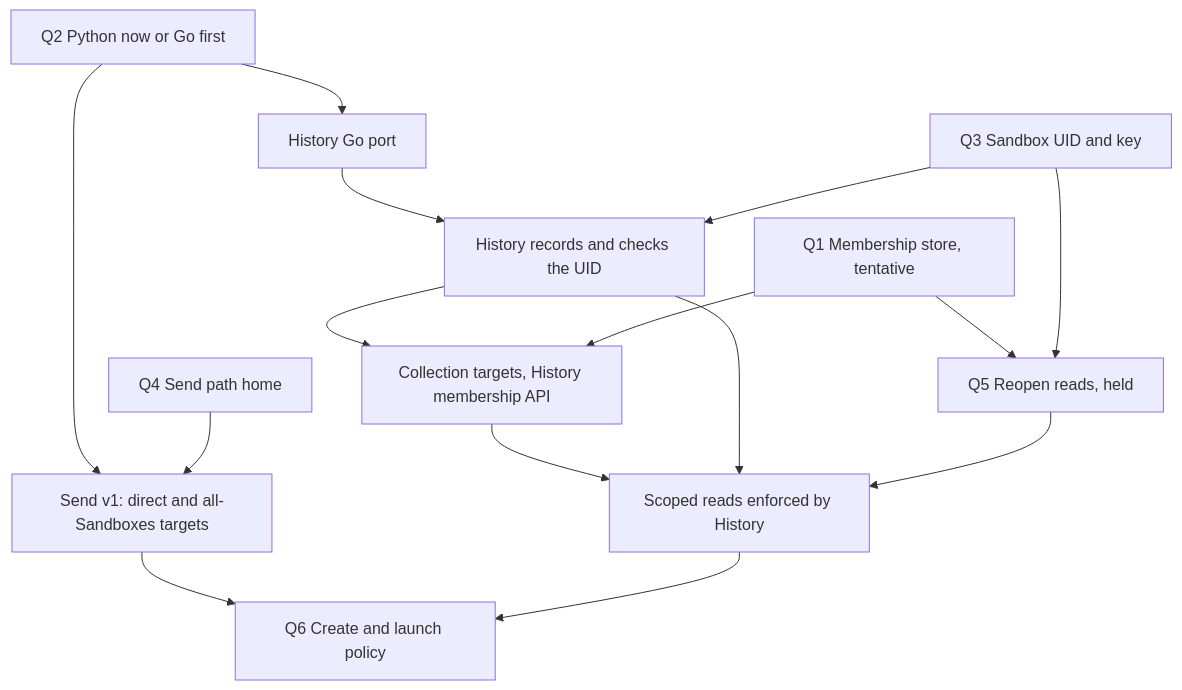
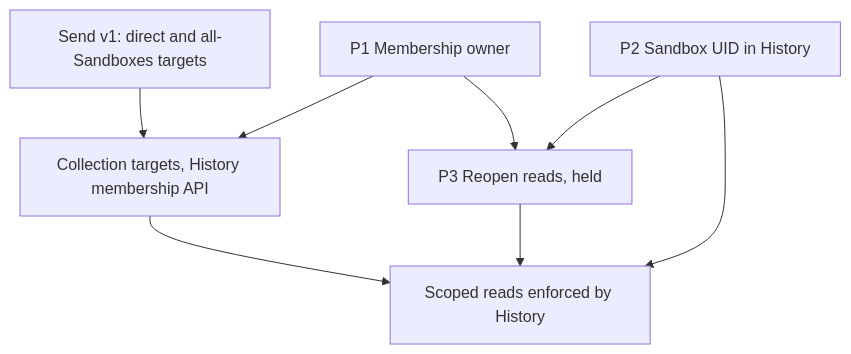
The diagram in agentplane/plans/architecture_overview.md (agentydragon/ducktape), drawn with Mermaid before and after one commit. The commit also changed other lines of this file and 1 other file, not shown here.

First line of the commit message:
docs(agentplane): reframe the architecture overview as an object placement map

````diff
--- a/agentplane/plans/architecture_overview.md
+++ b/agentplane/plans/architecture_overview.md
@@ -116,28 +129,16 @@
 ```mermaid
 flowchart TD
-    Q1["Q1 Membership store, tentative"]
-    Q2["Q2 Python now or Go first"]
-    Q3["Q3 Sandbox UID and key"]
-    Q4["Q4 Send path home"]
-    Q5["Q5 Reopen reads, held"]
-    Q6["Q6 Create and launch policy"]
+    P1["P1 Membership owner"]
+    P2["P2 Sandbox UID in History"]
+    P3["P3 Reopen reads, held"]
     SEND["Send v1: direct and all-Sandboxes targets"]
-    PORT["History Go port"]
-    UID["History records and checks the UID"]
     COLL["Collection targets, History membership API"]
     READ["Scoped reads enforced by History"]
-    Q2 --> PORT
-    Q2 --> SEND
-    Q4 --> SEND
-    PORT --> UID
-    Q3 --> UID
-    UID --> COLL
-    Q1 --> COLL
-    Q1 --> Q5
-    Q3 --> Q5
+    SEND --> COLL
+    P1 --> COLL
+    P1 --> P3
+    P2 --> P3
     COLL --> READ
-    UID --> READ
-    Q5 --> READ
-    SEND --> Q6
-    READ --> Q6
+    P2 --> READ
+    P3 --> READ
 ```
````
